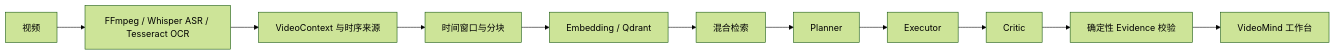
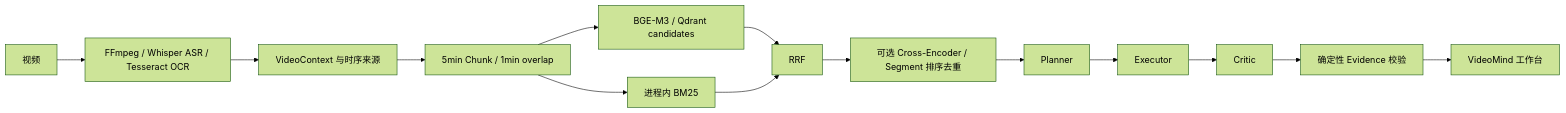
Before and after one commit to Morimi-Kazuha/VideoMind: the second of 2 diagrams in README.md, drawn with Mermaid (forest theme). The commit also changed other lines of this file and 59 other files, not shown here.

````diff
--- a/README.md
+++ b/README.md
@@ -48,13 +48,16 @@
 ```mermaid
 flowchart LR
     Media[视频] --> Extract[FFmpeg / Whisper ASR / Tesseract OCR]
     Extract --> Context[VideoContext 与时序来源]
-    Context --> Chunks[时间窗口与分块]
-    Chunks --> Index[Embedding / Qdrant]
-    Index --> Retrieval[混合检索]
+    Context --> Chunks[5min Chunk / 1min overlap]
+    Chunks --> Dense[BGE-M3 / Qdrant candidates]
+    Chunks --> Sparse[进程内 BM25]
+    Dense --> Fusion[RRF]
+    Sparse --> Fusion
+    Fusion --> Retrieval[可选 Cross-Encoder / Segment 排序去重]
     Retrieval --> Planner
     Planner --> Executor
     Executor --> Critic
     Critic --> Guard[确定性 Evidence 校验]
     Guard --> UI[VideoMind 工作台]
 ```
````
